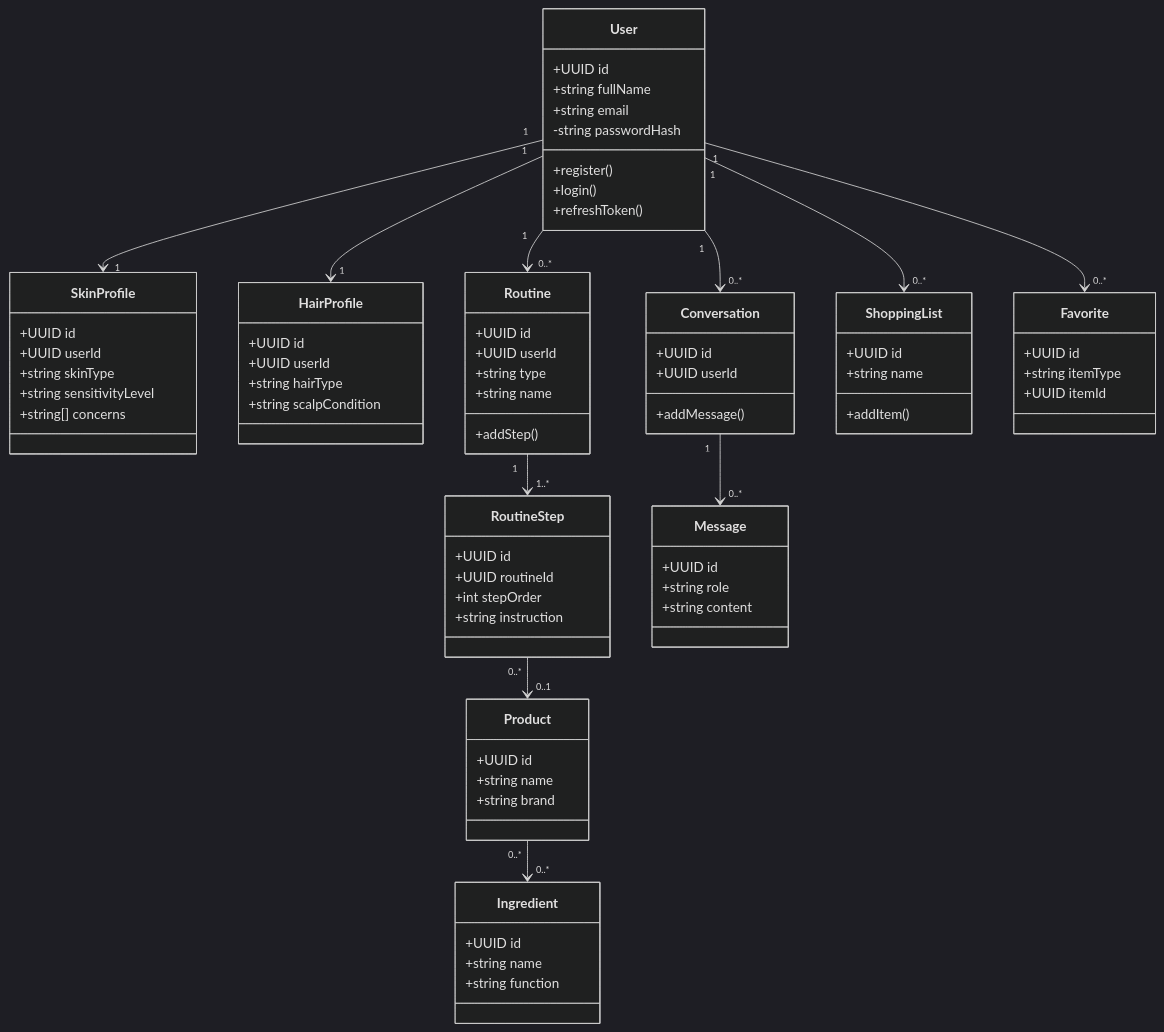
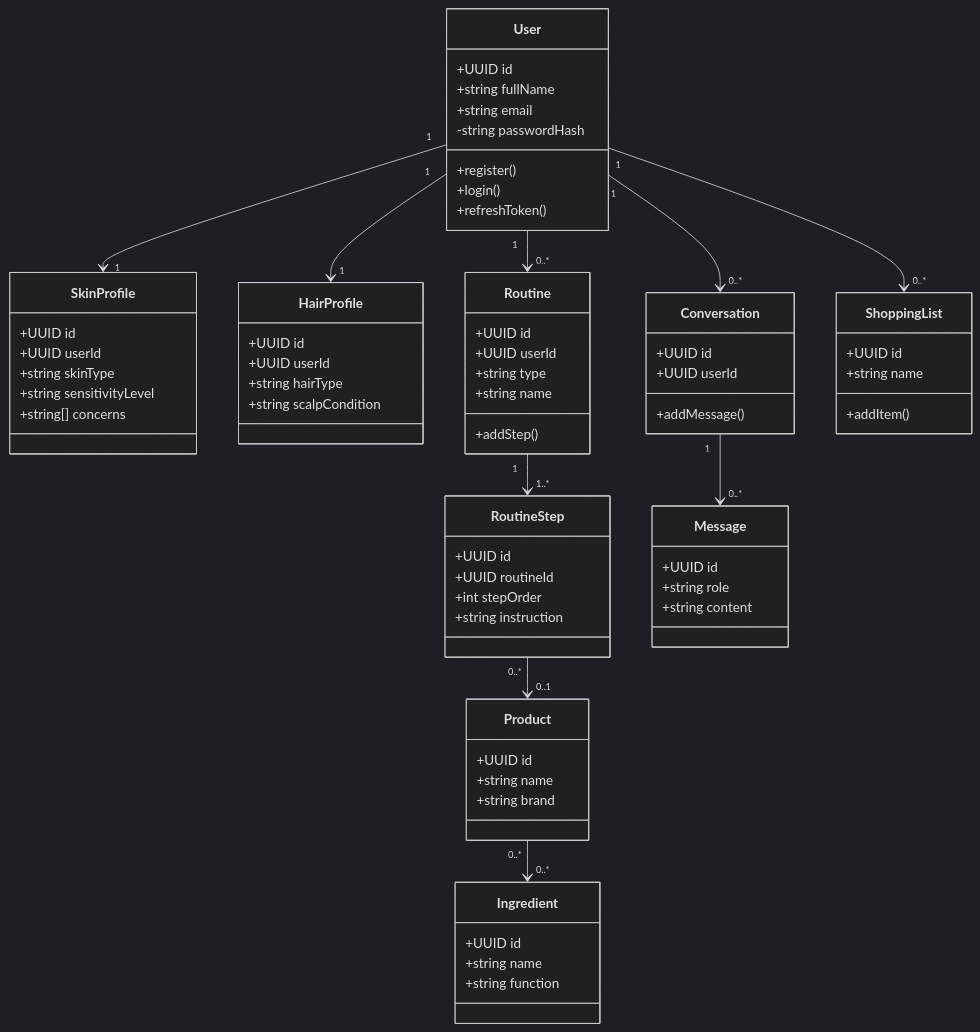
The sixth of 10 diagrams in README.md (fikrifatimezzahra20-blip/BeautyGPT), drawn with Mermaid (dark theme) before and after one commit. The commit also changed other lines of this file, not shown here.

````diff
--- a/README.md
+++ b/README.md
@@ -800,79 +751,72 @@
 ```mermaid
 classDiagram
     class User {
         +UUID id
         +string fullName
         +string email
         -string passwordHash
         +register()
         +login()
         +refreshToken()
     }
     class SkinProfile {
         +UUID id
         +UUID userId
         +string skinType
         +string sensitivityLevel
         +string[] concerns
     }
     class HairProfile {
         +UUID id
         +UUID userId
         +string hairType
         +string scalpCondition
     }
     class Routine {
         +UUID id
         +UUID userId
         +string type
         +string name
         +addStep()
     }
     class RoutineStep {
         +UUID id
         +UUID routineId
         +int stepOrder
         +string instruction
     }
     class Product {
         +UUID id
         +string name
         +string brand
     }
     class Ingredient {
         +UUID id
         +string name
         +string function
     }
     class Conversation {
         +UUID id
         +UUID userId
         +addMessage()
     }
     class Message {
         +UUID id
         +string role
         +string content
     }
     class ShoppingList {
         +UUID id
         +string name
         +addItem()
     }
-    class Favorite {
-        +UUID id
-        +string itemType
-        +UUID itemId
-    }
-
     User "1" --> "1" SkinProfile
     User "1" --> "1" HairProfile
     User "1" --> "0..*" Routine
     Routine "1" --> "1..*" RoutineStep
     RoutineStep "0..*" --> "0..1" Product
     Product "0..*" --> "0..*" Ingredient
     User "1" --> "0..*" Conversation
     Conversation "1" --> "0..*" Message
     User "1" --> "0..*" ShoppingList
-    User "1" --> "0..*" Favorite
 ```
````
